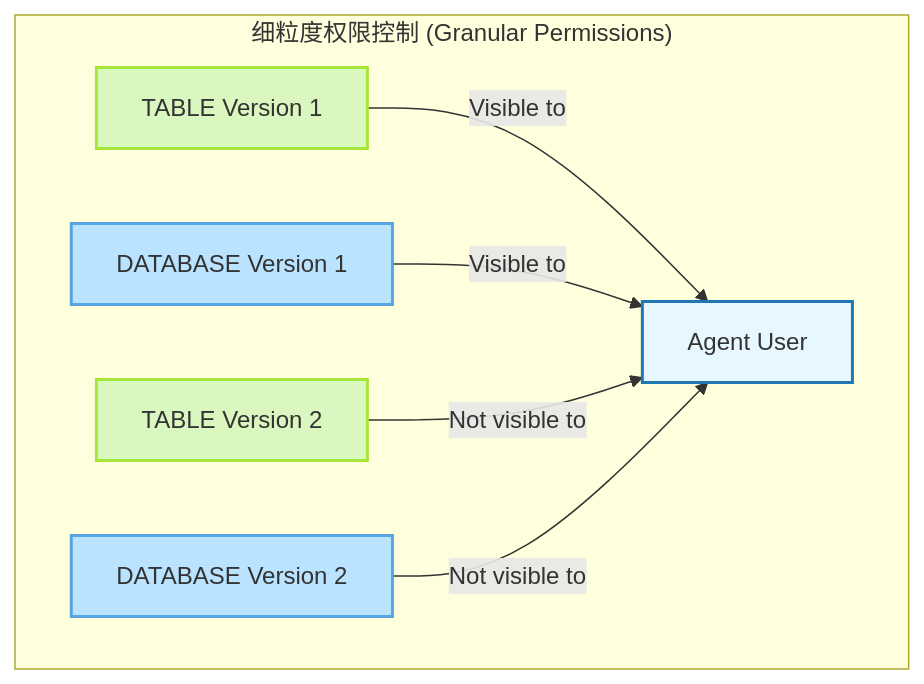
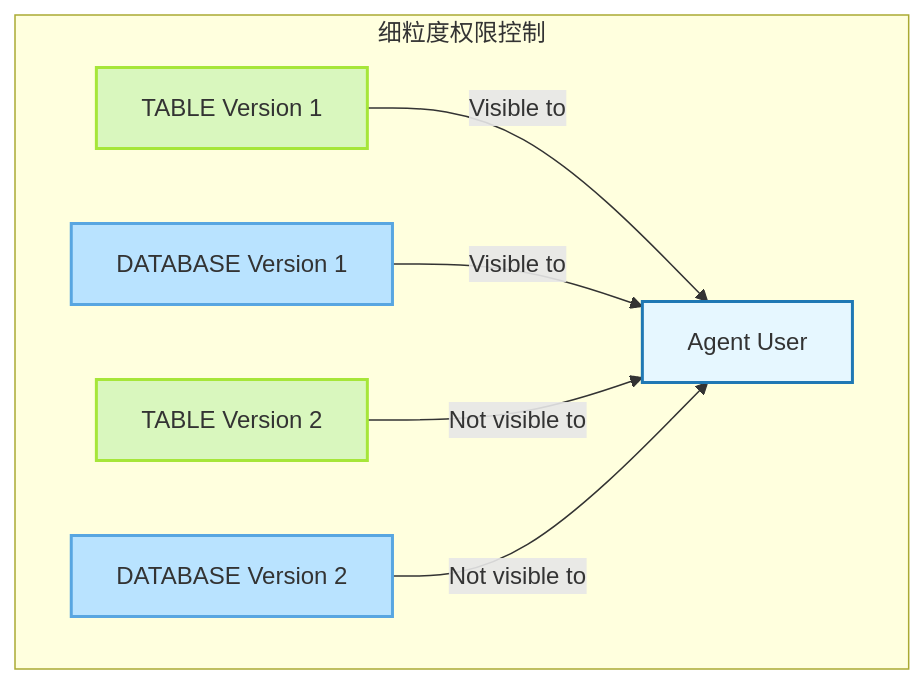
Before and after one commit to XuPeng-SH/tae_design: the ninth of 11 diagrams in data_branching.md, drawn with Mermaid. The commit also changed other lines of this file, not shown here.

````diff
--- a/data_branching.md
+++ b/data_branching.md
@@ -381,22 +381,22 @@
 ```mermaid
 graph TD
     %% 权限控制
-    subgraph "细粒度权限控制 (Granular Permissions)"
+    subgraph "细粒度权限控制"
         A[Agent User]:::agent
         B[TABLE Version 1]:::table
         C[TABLE Version 2]:::table
         D[DATABASE Version 1]:::database
         E[DATABASE Version 2]:::database
     end
 
     %% 权限
     B -->|"Visible to"| A
     D -->|"Visible to"| A
     C -->|"Not visible to"| A
     E -->|"Not visible to"| A
 
     %% 样式定义
     classDef agent fill:#e6f7ff,stroke:#1f78b4,stroke-width:2px;
     classDef table fill:#d9f7be,stroke:#a6e639,stroke-width:2px;
     classDef database fill:#b9e3ff,stroke:#58a6e1,stroke-width:2px;
 ```
````
